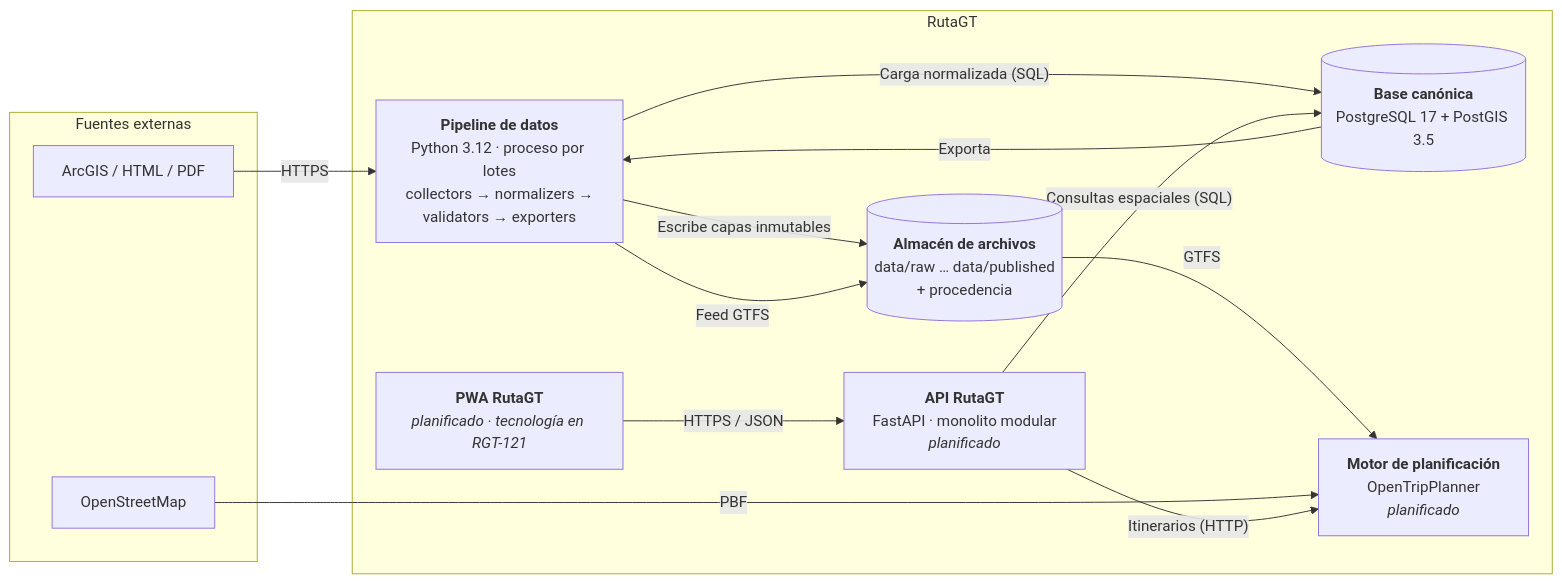
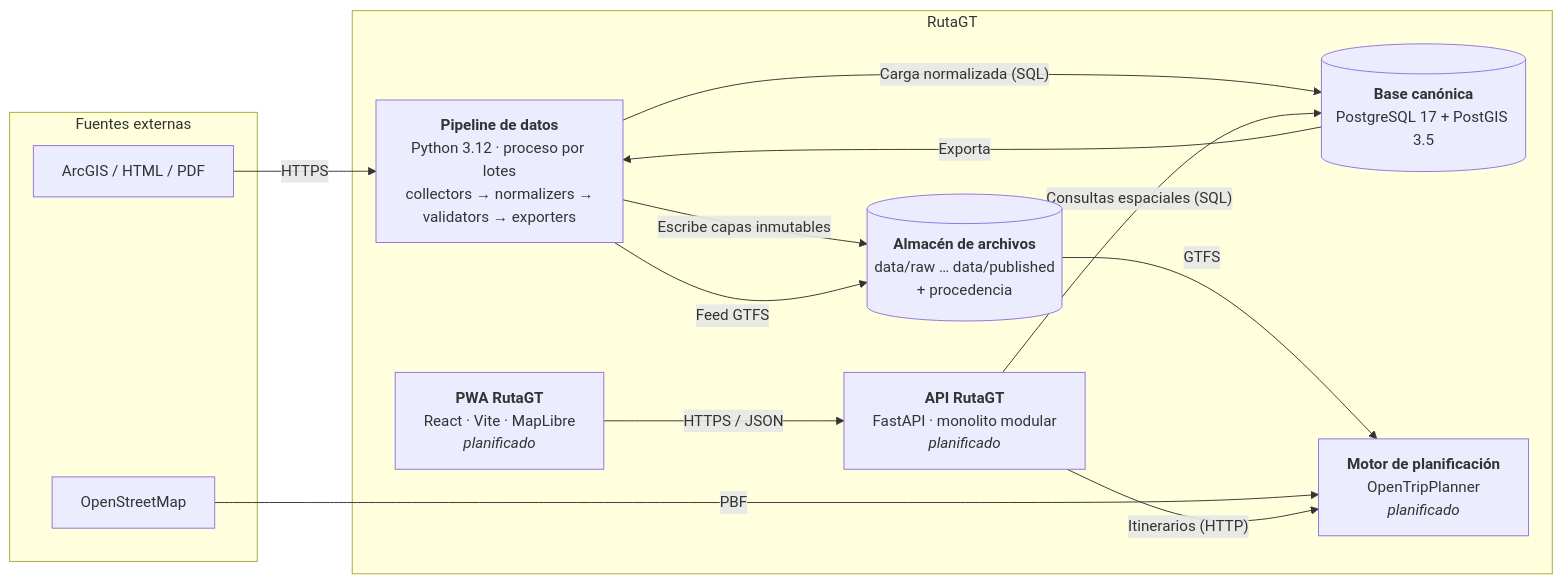
The second of 4 diagrams in docs/architecture/overview.md (Czar272/rutagt-starter), drawn with Mermaid before and after one commit. The commit also changed other lines of this file, not shown here.

Commit message:
docs(RGT-121): record pwa stack in architecture overview

````diff
--- a/docs/architecture/overview.md
+++ b/docs/architecture/overview.md
@@ -53,27 +53,27 @@
 ```mermaid
 flowchart LR
     subgraph fuentes["Fuentes externas"]
         arcgis["ArcGIS / HTML / PDF"]
         osm["OpenStreetMap"]
     end
 
     subgraph rutagt["RutaGT"]
         pipeline["<b>Pipeline de datos</b><br/>Python 3.12 · proceso por lotes<br/>collectors → normalizers →<br/>validators → exporters"]
         files[("<b>Almacén de archivos</b><br/>data/raw … data/published<br/>+ procedencia")]
         db[("<b>Base canónica</b><br/>PostgreSQL 17 + PostGIS 3.5")]
         otp["<b>Motor de planificación</b><br/>OpenTripPlanner<br/><i>planificado</i>"]
         api["<b>API RutaGT</b><br/>FastAPI · monolito modular<br/><i>planificado</i>"]
-        pwa["<b>PWA RutaGT</b><br/><i>planificado · tecnología en RGT-121</i>"]
+        pwa["<b>PWA RutaGT</b><br/>React · Vite · MapLibre<br/><i>planificado</i>"]
     end
 
     arcgis -- "HTTPS" --> pipeline
     pipeline -- "Escribe capas inmutables" --> files
     pipeline -- "Carga normalizada (SQL)" --> db
     db -- "Exporta" --> pipeline
     pipeline -- "Feed GTFS" --> files
     files -- "GTFS" --> otp
     osm -- "PBF" --> otp
     api -- "Consultas espaciales (SQL)" --> db
     api -- "Itinerarios (HTTP)" --> otp
     pwa -- "HTTPS / JSON" --> api
 ```
````
